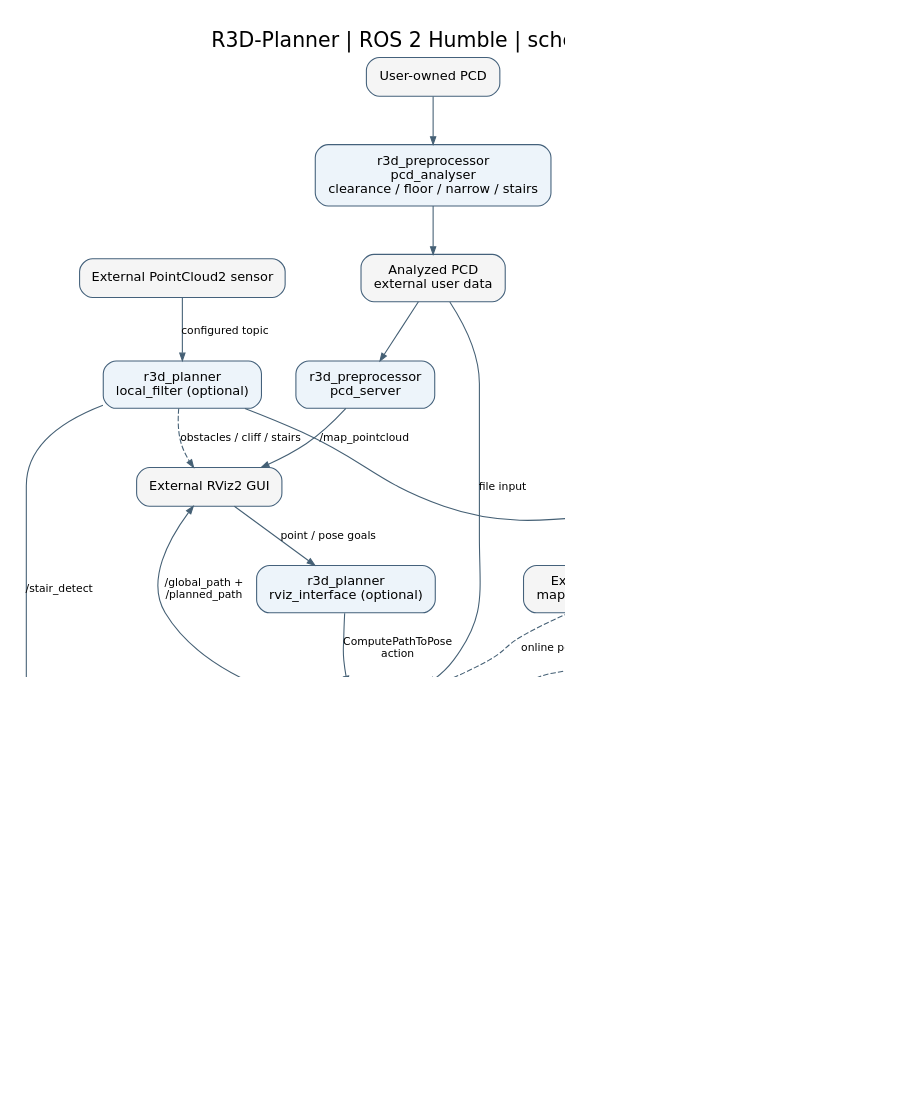
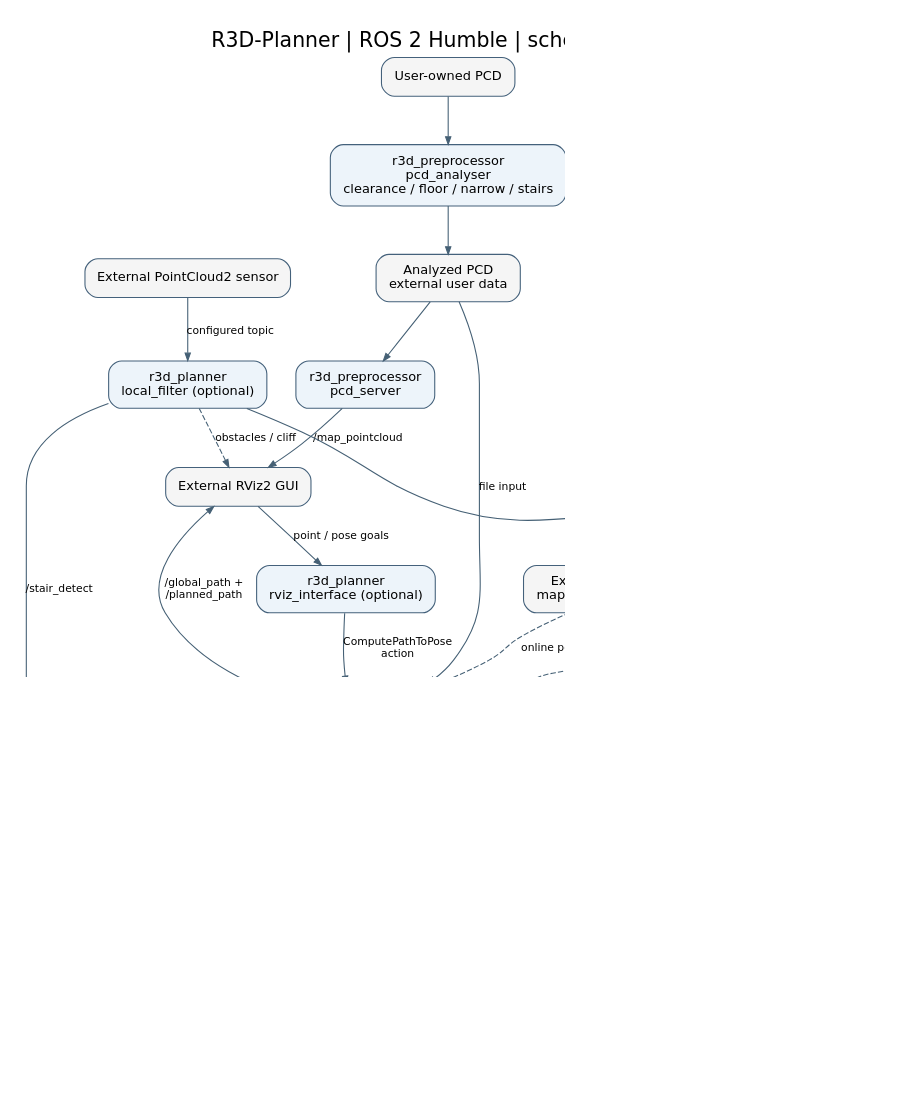
Before and after one commit to RoboProjekt/R3D-Planner: the diagram in docs/images/r3d_dataflow.dot, drawn with Graphviz. The commit also changed 18 other files, not shown here.

```diff
--- a/docs/images/r3d_dataflow.dot
+++ b/docs/images/r3d_dataflow.dot
@@ -1,41 +1,41 @@
 // Copyright 2026 Bastian Aumer
 // SPDX-License-Identifier: Apache-2.0
 // Technical diagram derived from the current repository; no experimental data.
 digraph R3D {
  graph [rankdir=TB, bgcolor="white", pad="0.3", nodesep="0.38", ranksep="0.6", dpi=120, fontname="DejaVu Sans", label="R3D-Planner | ROS 2 Humble | schematic data flow", labelloc=t, fontsize=19];
  node [shape=box, style="rounded,filled", fillcolor="#edf4fa", color="#44617b", fontname="DejaVu Sans", fontsize=12, margin="0.16,0.12"];
  edge [fontname="DejaVu Sans", fontsize=10, color="#456075", arrowsize=0.7];
  input [label="User-owned PCD", fillcolor="#f5f5f5"];
  analyser [label="r3d_preprocessor\npcd_analyser\nclearance / floor / narrow / stairs"];
  classified [label="Analyzed PCD\nexternal user data",fillcolor="#f5f5f5"];
  map [label="r3d_preprocessor\npcd_server"];
  rviz [label="External RViz2 GUI",fillcolor="#f5f5f5"];
  rviznode [label="r3d_planner\nrviz_interface (optional)"];
  planner [label="r3d_planner\npcd_path_planner\nweighted graph + A*"];
  coordinator [label="r3d_planner\nstair_controller\nstop / confirm / resume"];
- sdk [label="External Jetson gait tool\nGo2W SDK",fillcolor="#f5f5f5"];
+ sdk [label="External Jetson SDK guard + gait tool\nGo2W SDK",fillcolor="#f5f5f5"];
  follower [label="r3d_planner\npath_follower\nseparate explicit launch"];
  filter [label="r3d_planner\nlocal_filter (optional)"];
  odom [label="External odometry + TF\nmap / odom / base + sensor",fillcolor="#f5f5f5"];
  sensor [label="External PointCloud2 sensor",fillcolor="#f5f5f5"];
  adapter [label="External command adapter\nTwist consumer",fillcolor="#f5f5f5"];
  input -> analyser; analyser -> classified;
  classified -> planner [label="file input"];
  classified -> map; map -> rviz [label="/map_pointcloud"];
  rviz -> rviznode [label="point / pose goals"];
  rviznode -> planner [label="ComputePathToPose\naction"];
  planner -> rviz [label="/global_path +\n/planned_path"];
  planner -> follower [label="/global_path_metadata\nPathWithMetadata\nPath + narrow + stairs"];
  planner -> coordinator [label="/global_path_metadata"];
  coordinator -> follower [label="/stair_control\npath-bound permit"];
  coordinator -> sdk [label="stopped gait switch"];
  sdk -> coordinator [label="confirmed exit code"];
  filter -> coordinator [label="/stair_detect"];
  odom -> coordinator [style=dashed,label="pose / height / TF"];
  sensor -> filter [label="configured topic"];
  filter -> follower [label="/local/filtered_obstacles"];
- filter -> rviz [label="obstacles / cliff / stairs",style=dashed];
+ filter -> rviz [label="obstacles / cliff",style=dashed];
  odom -> planner [style=dashed,label="online pose"];
  odom -> follower [style=dashed,label="pose + timestamped TF"];
  follower -> adapter [label="configured cmd_vel"];
 }
```
